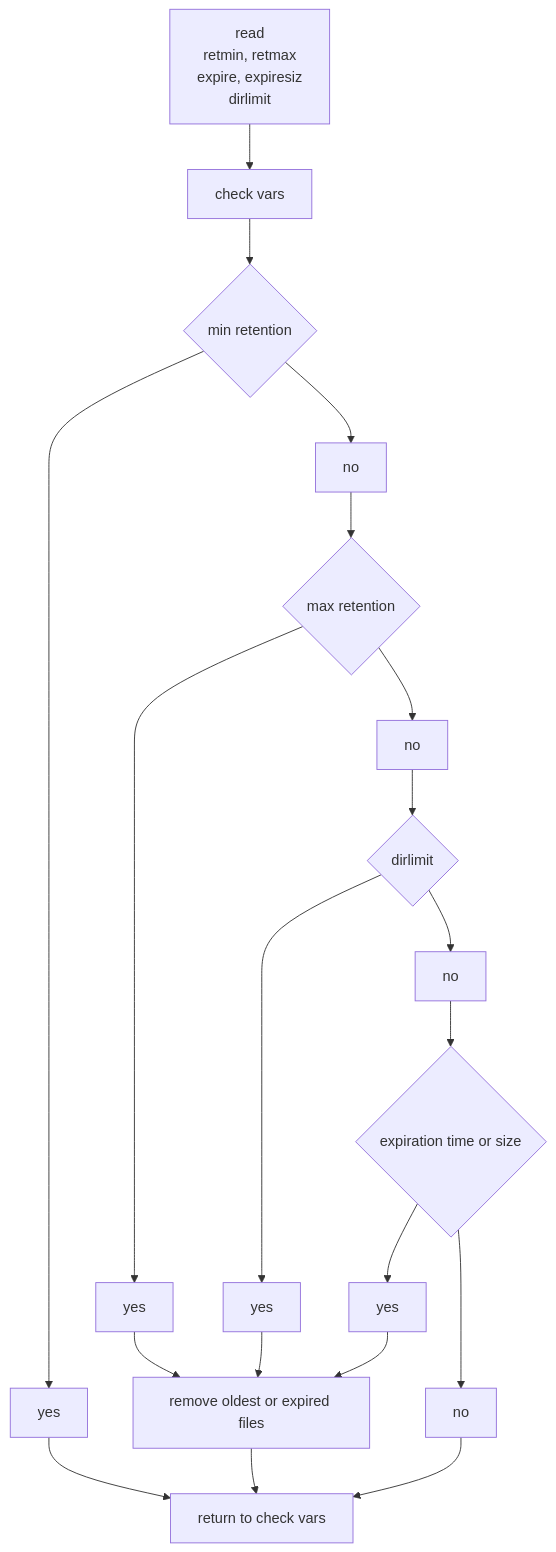
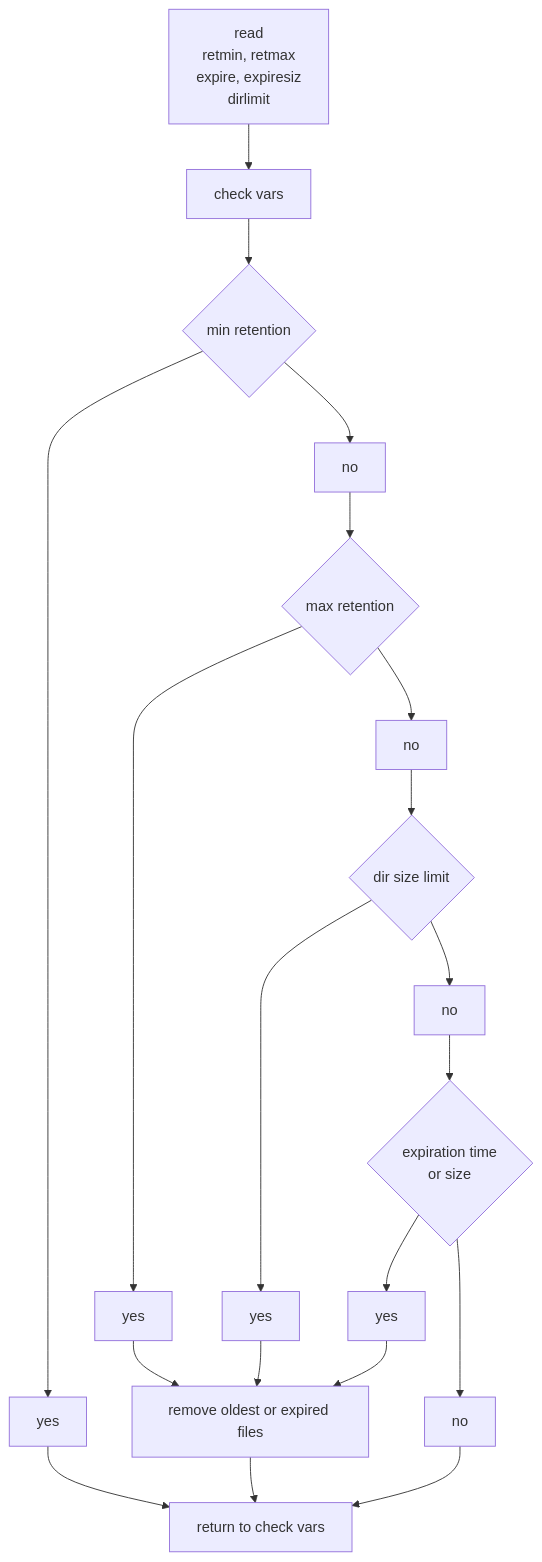
The second of 4 diagrams in README.md (jjbailey/sentinal), drawn with Mermaid before and after one commit. The commit also changed other lines of this file, not shown here.

````diff
--- a/README.md
+++ b/README.md
@@ -161,25 +161,25 @@
 ```mermaid
 flowchart TB
     s1[ read<br>retmin, retmax<br>expire, expiresiz<br>dirlimit ]
     s2[ check vars ]
     d1{ min retention }
     d2{ max retention }
-    d3{ dirlimit }
-    d4{ expiration time or size }
+    d3{ dir size limit }
+    d4{ expiration time<br>or size }
     a1[ yes ]
     a2[ no ]
     a3[ yes ]
     a4[ no ]
     a5[ yes ]
     a6[ no ]
     a7[ yes ]
     a8[ no ]
     s3[ remove oldest or expired files ]
     s9[ return to check vars ]
     s1 --> s2
     s2 --> d1 --> a1 --> s9
     d1 --> a2 --> d2 --> a3 --> s3 --> s9
     d2 --> a4 --> d3 --> a5 --> s3
     d3 --> a6 --> d4 --> a7 --> s3
     d4 --> a8 --> s9
 ```
````
